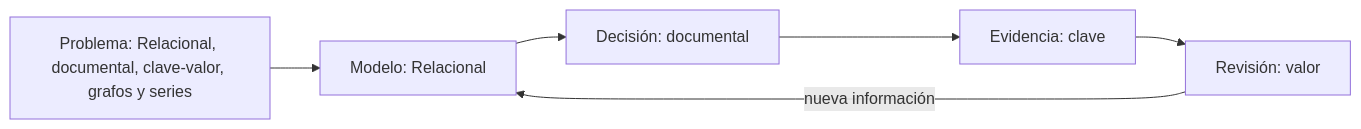
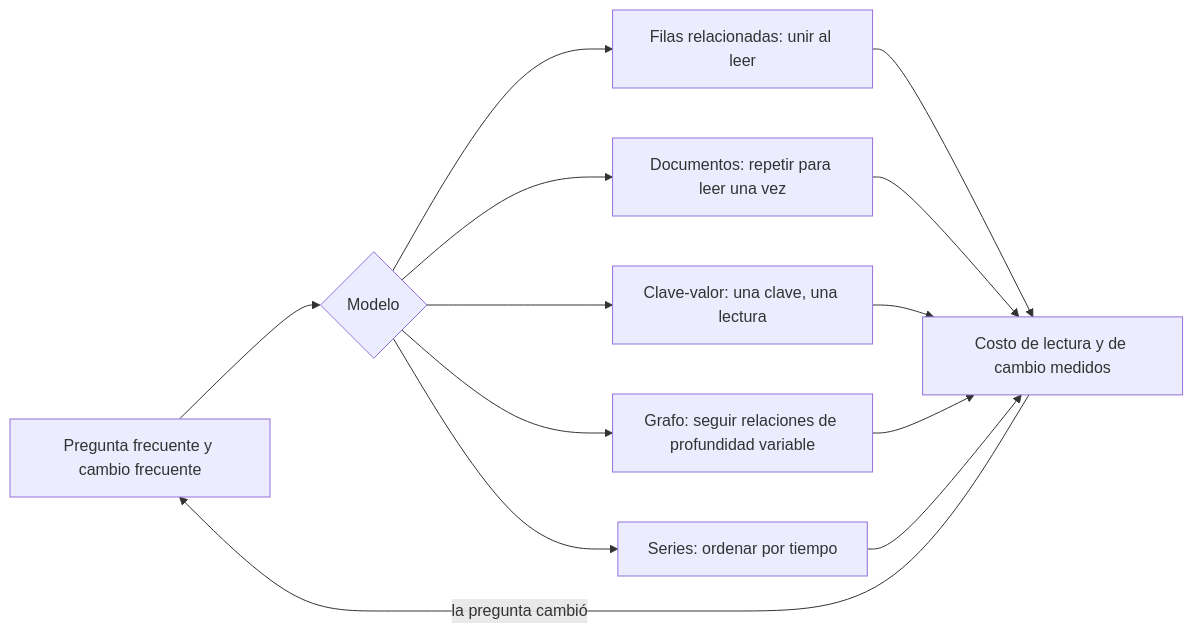
Before and after one commit to vladimiracunadev-create/modern-software-engineering-program: the diagram in classes/part-26-datos-persistencia-y-recuperacion/se-314-relacional-documental-clave-valor-grafos-y-series/README.md, drawn with Mermaid. The commit also changed other lines of this file and 116 other files, not shown here.

````diff
--- a/classes/part-26-datos-persistencia-y-recuperacion/se-314-relacional-documental-clave-valor-grafos-y-series/README.md
+++ b/classes/part-26-datos-persistencia-y-recuperacion/se-314-relacional-documental-clave-valor-grafos-y-series/README.md
@@ -40,8 +54,15 @@
 ```mermaid
 flowchart LR
-    P["Problema: Relacional, documental, clave-valor, grafos y series"] --> M["Modelo: Relacional"]
-    M --> D["Decisión: documental"]
-    D --> E["Evidencia: clave"]
-    E --> R["Revisión: valor"]
-    R -->|nueva información| M
+    P[Pregunta frecuente y cambio frecuente] --> M{Modelo}
+    M --> R[Filas relacionadas: unir al leer]
+    M --> D[Documentos: repetir para leer una vez]
+    M --> K[Clave-valor: una clave, una lectura]
+    M --> G[Grafo: seguir relaciones de profundidad variable]
+    M --> S[Series: ordenar por tiempo]
+    R --> C[Costo de lectura y de cambio medidos]
+    D --> C
+    K --> C
+    G --> C
+    S --> C
+    C -->|la pregunta cambió| P
 ```
````
